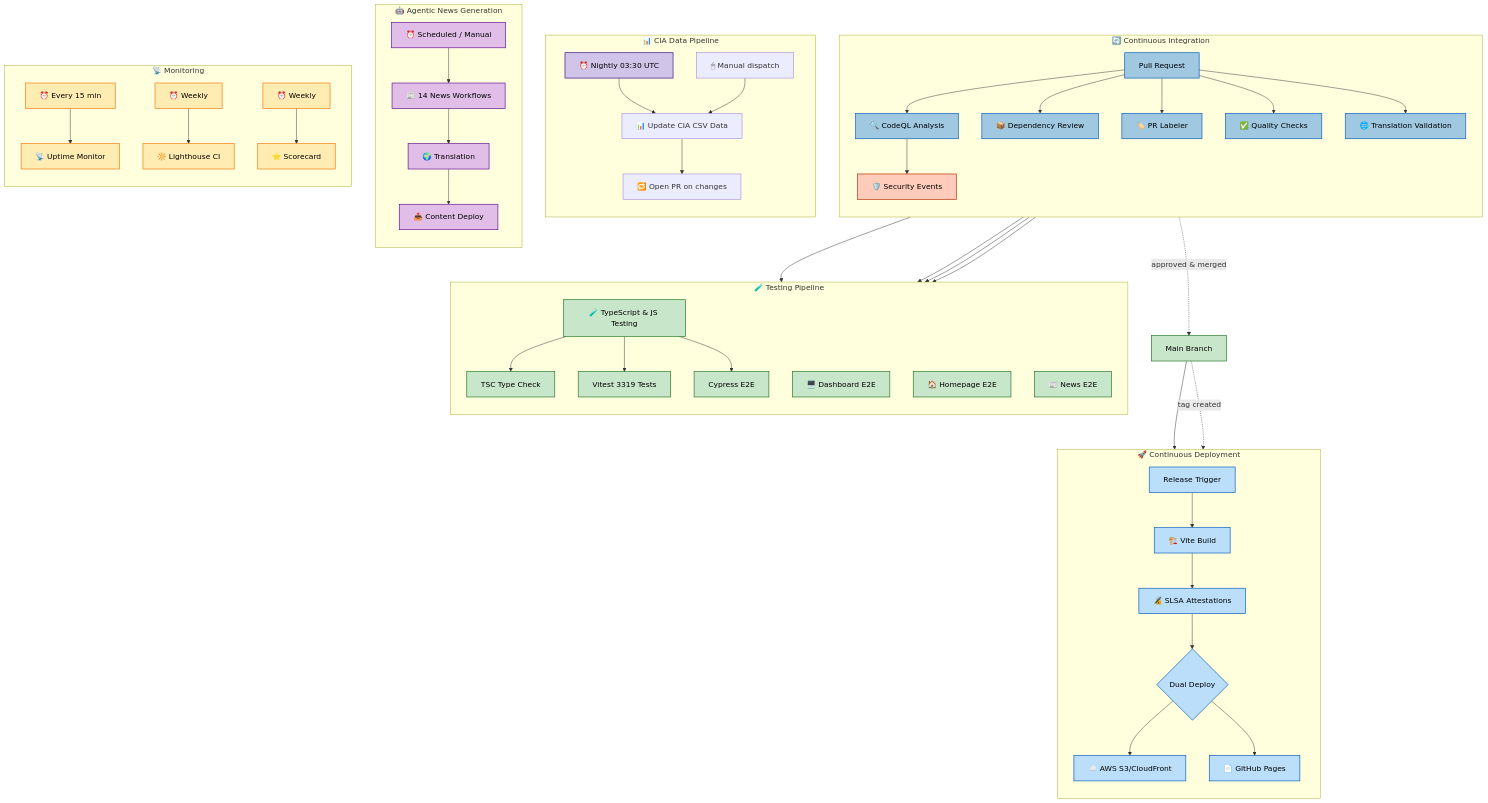
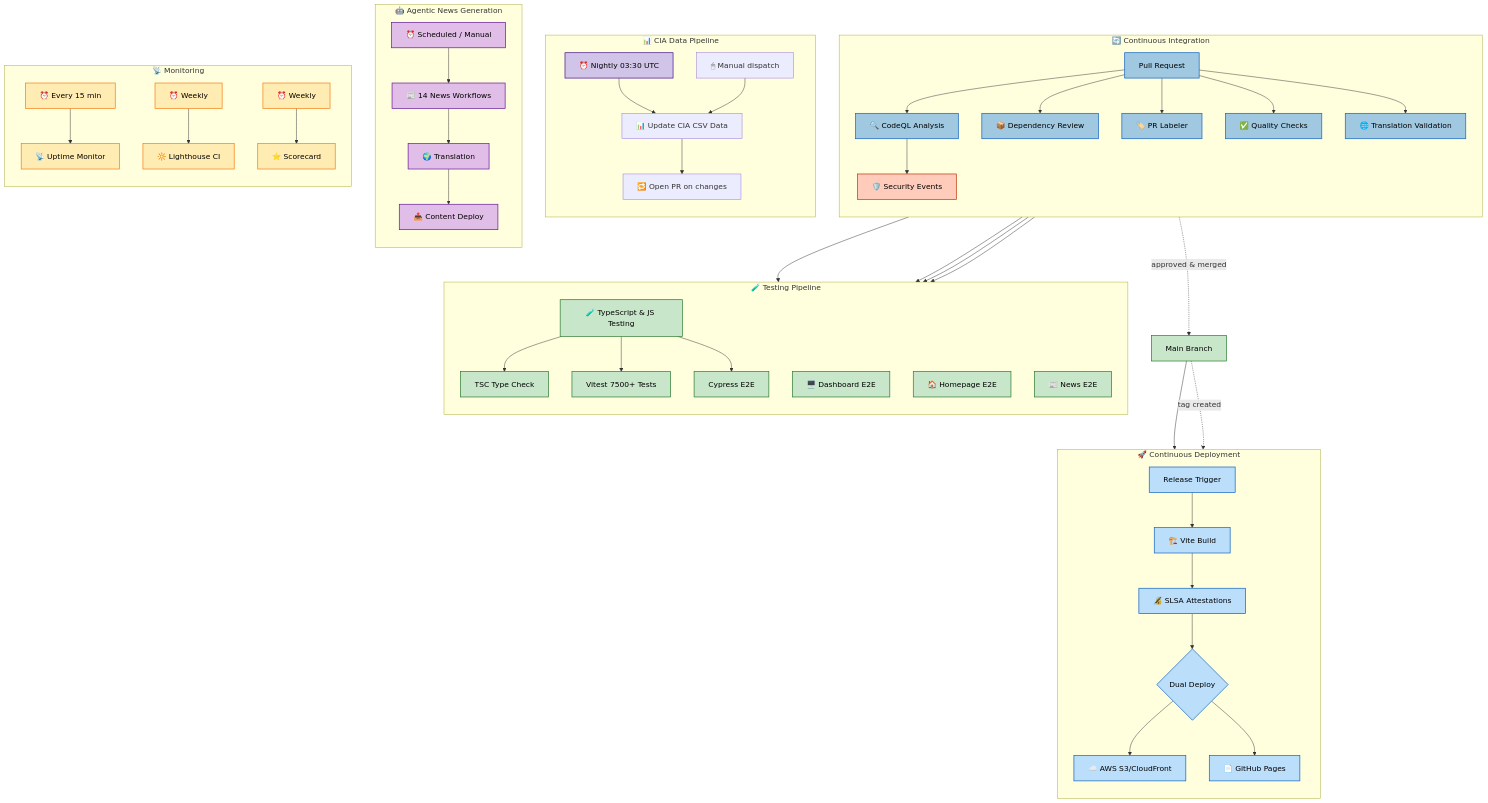
Before and after one commit to Hack23/riksdagsmonitor: the fourth of 20 diagrams in WORKFLOWS.md, drawn with Mermaid. The commit also changed other lines of this file and 6 other files, not shown here.

````diff
--- a/WORKFLOWS.md
+++ b/WORKFLOWS.md
@@ -342,75 +342,75 @@
 ```mermaid
 flowchart TB
     subgraph "🔄 Continuous Integration"
         direction TB
         PR[Pull Request] --> CodeQLScan[🔍 CodeQL Analysis]
         PR --> DependencyReview[📦 Dependency Review]
         PR --> Labeler[🏷️ PR Labeler]
         PR --> QualityChecks[✅ Quality Checks]
         PR --> TranslationVal[🌐 Translation Validation]
         CodeQLScan --> SecurityEvents[🛡️ Security Events]
     end
 
     subgraph "🧪 Testing Pipeline"
         direction TB
         PR --> UnitTests[🧪 TypeScript & JS Testing]
         UnitTests --> TypeCheck[TSC Type Check]
-        UnitTests --> Vitest[Vitest 3319 Tests]
+        UnitTests --> Vitest[Vitest 7500+ Tests]
         UnitTests --> CypressE2E[Cypress E2E]
         PR --> DashboardE2E[🖥️ Dashboard E2E]
         PR --> HomepageE2E[🏠 Homepage E2E]
         PR --> NewsE2E[📰 News E2E]
     end
 
     subgraph "📊 CIA Data Pipeline"
         direction TB
         Schedule1[⏰ Nightly 03:30 UTC] --> CIACsv[📊 Update CIA CSV Data]
         ManualTrig[🖱 Manual dispatch] --> CIACsv
         CIACsv --> CIAPR[🔁 Open PR on changes]
     end
 
     subgraph "🚀 Continuous Deployment"
         direction TB
         Release[Release Trigger] --> Build[🏗️ Vite Build]
         Build --> Attestations[🔏 SLSA Attestations]
         Attestations --> DualDeploy{Dual Deploy}
         DualDeploy --> S3Deploy[☁️ AWS S3/CloudFront]
         DualDeploy --> GHPages[📄 GitHub Pages]
     end
 
     subgraph "🤖 Agentic News Generation"
         direction TB
         AgenticTrigger[⏰ Scheduled / Manual] --> NewsGen[📰 14 News Workflows]
         NewsGen --> Translate[🌍 Translation]
         Translate --> ContentDeploy[📤 Content Deploy]
     end
 
     subgraph "📡 Monitoring"
         direction TB
         Cron15[⏰ Every 15 min] --> Uptime[📡 Uptime Monitor]
         WeeklyLH[⏰ Weekly] --> Lighthouse[🔆 Lighthouse CI]
         WeeklyScore[⏰ Weekly] --> Scorecard[⭐ Scorecard]
     end
 
     PR -.-> |"approved & merged"| main[Main Branch]
     main --> S3Deploy
     main -.-> |"tag created"| Release
 
     classDef integration fill:#a0c8e0,stroke:#1565c0,stroke-width:1.5px,color:black
     classDef testing fill:#c8e6c9,stroke:#2e7d32,stroke-width:1.5px,color:black
     classDef deployment fill:#bbdefb,stroke:#1565c0,stroke-width:1.5px,color:black
     classDef security fill:#ffccbc,stroke:#bf360c,stroke-width:1.5px,color:black
     classDef datapipeline fill:#d1c4e9,stroke:#4a148c,stroke-width:1.5px,color:black
     classDef agentic fill:#e1bee7,stroke:#6a1b9a,stroke-width:1.5px,color:black
     classDef monitoring fill:#ffecb3,stroke:#f57f17,stroke-width:1.5px,color:black
     classDef process fill:#c8e6c9,stroke:#2e7d32,stroke-width:1.5px,color:black
 
     class PR,CodeQLScan,DependencyReview,Labeler,QualityChecks,TranslationVal integration
     class UnitTests,TypeCheck,Vitest,CypressE2E,DashboardE2E,HomepageE2E,NewsE2E testing
     class Release,Build,Attestations,DualDeploy,S3Deploy,GHPages deployment
     class SecurityEvents security
     class Schedule1,Schedule2,CIAStats,SchemaCheck,DataValidation,SchemaSync datapipeline
     class AgenticTrigger,NewsGen,Translate,ContentDeploy agentic
     class Cron15,WeeklyLH,WeeklyScore,Uptime,Lighthouse,Scorecard monitoring
     class main process
 ```
````
